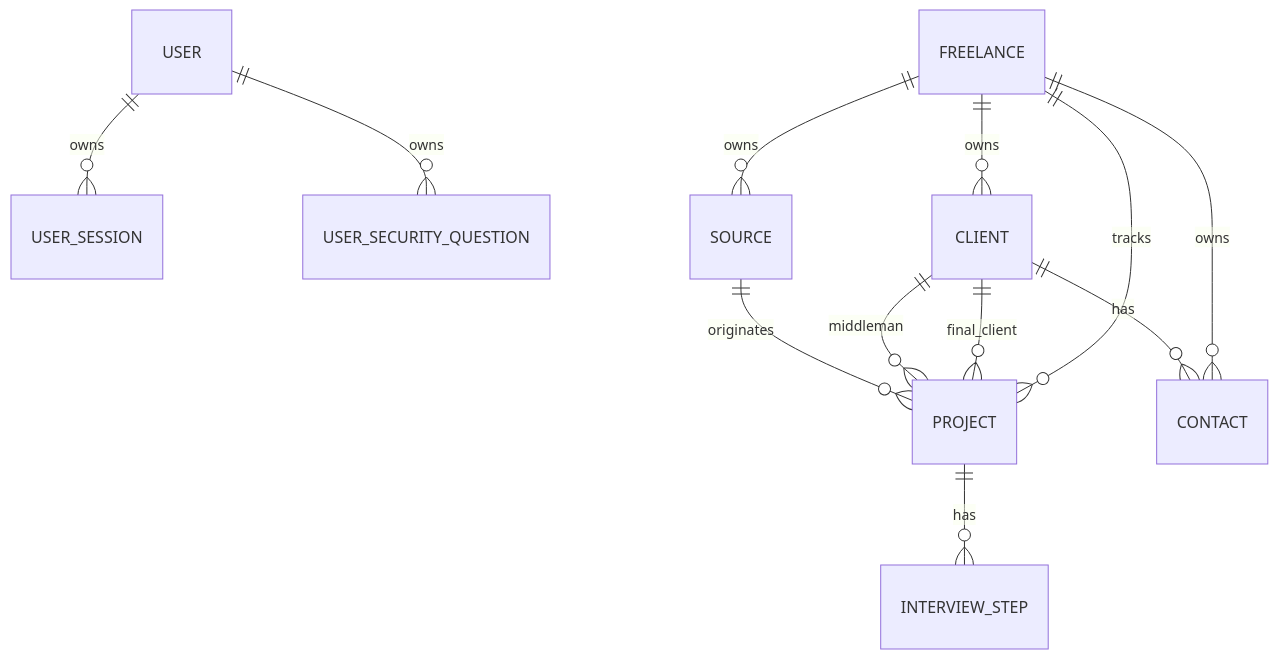
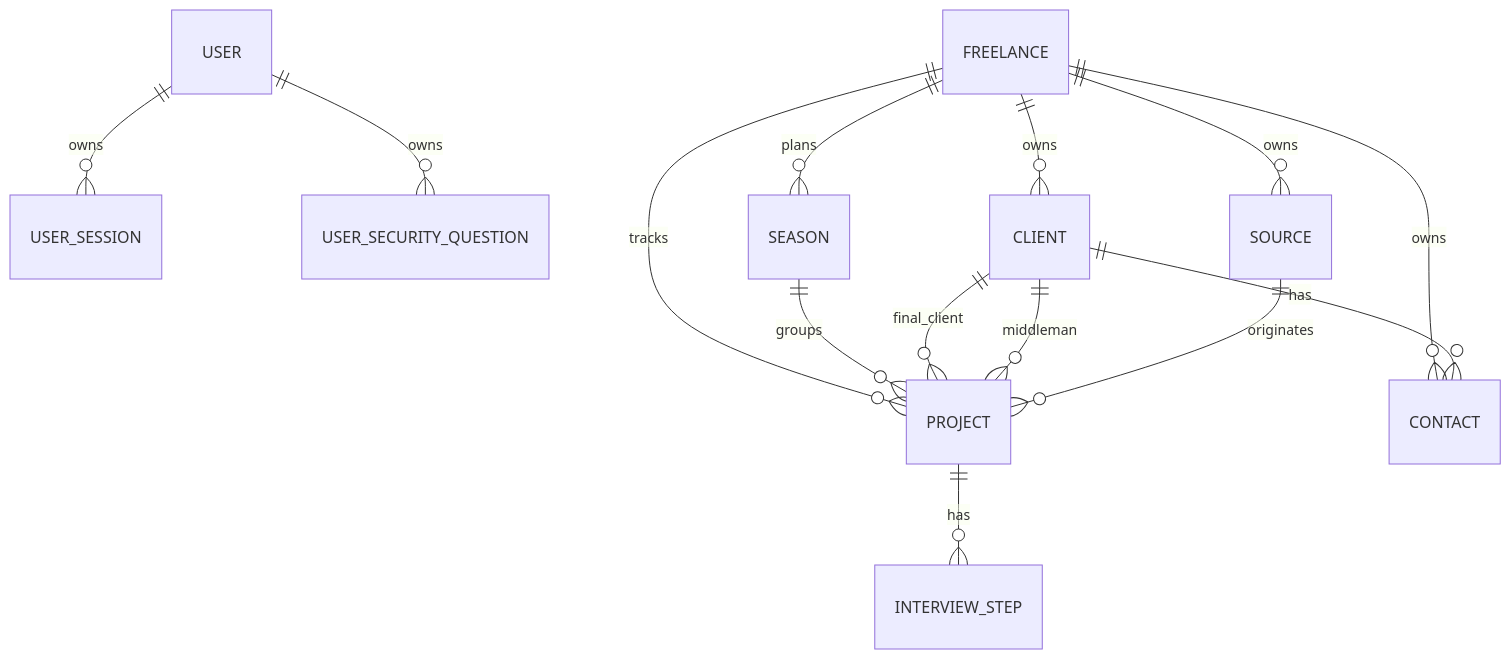
One commit to chefzaid/indezy changed the diagram in docs/data-model.md. Above: the diagram before and after it, drawn with Mermaid. The commit also changed other lines of this file and 65 other files, not shown here.

````diff
--- a/docs/data-model.md
+++ b/docs/data-model.md
@@ -7,14 +7,16 @@
 ```mermaid
 erDiagram
     USER ||--o{ USER_SESSION : owns
     USER ||--o{ USER_SECURITY_QUESTION : owns
     FREELANCE ||--o{ PROJECT : tracks
     FREELANCE ||--o{ CLIENT : owns
     FREELANCE ||--o{ CONTACT : owns
     FREELANCE ||--o{ SOURCE : owns
+    FREELANCE ||--o{ SEASON : plans
+    SEASON ||--o{ PROJECT : groups
     CLIENT ||--o{ CONTACT : has
     CLIENT ||--o{ PROJECT : final_client
     CLIENT ||--o{ PROJECT : middleman
     SOURCE ||--o{ PROJECT : originates
     PROJECT ||--o{ INTERVIEW_STEP : has
 ```
````
